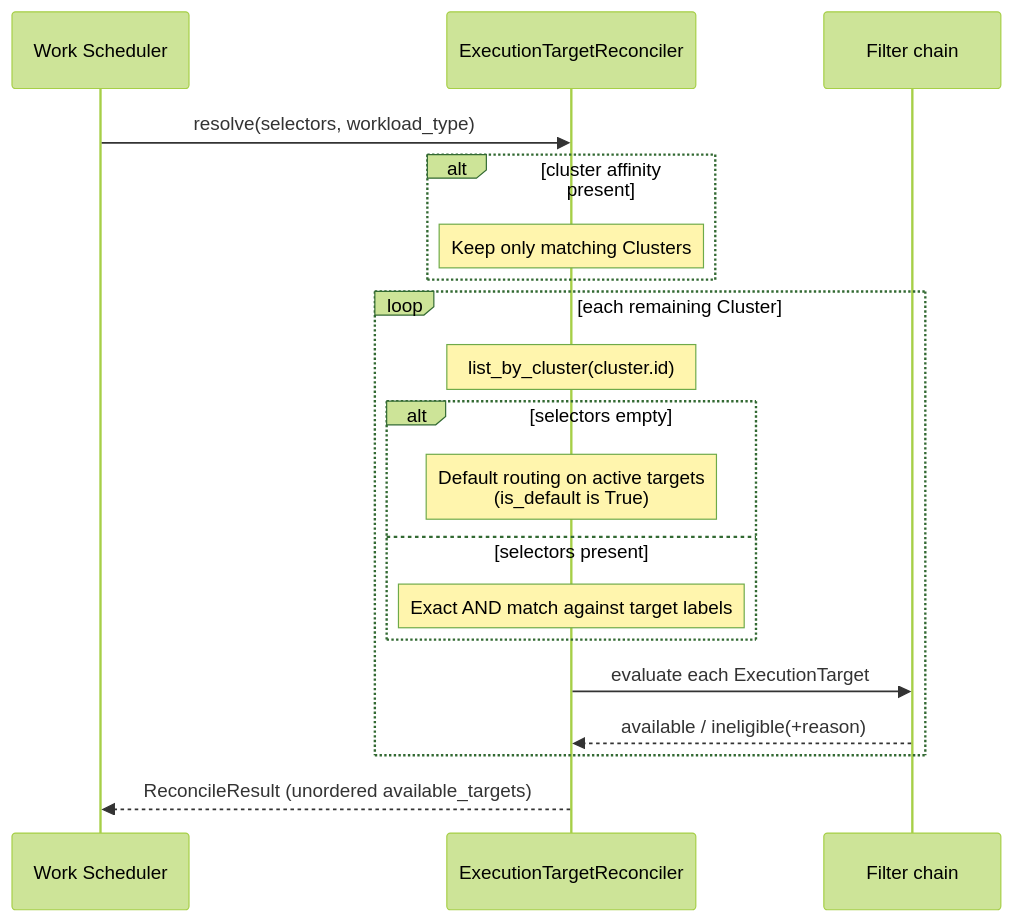
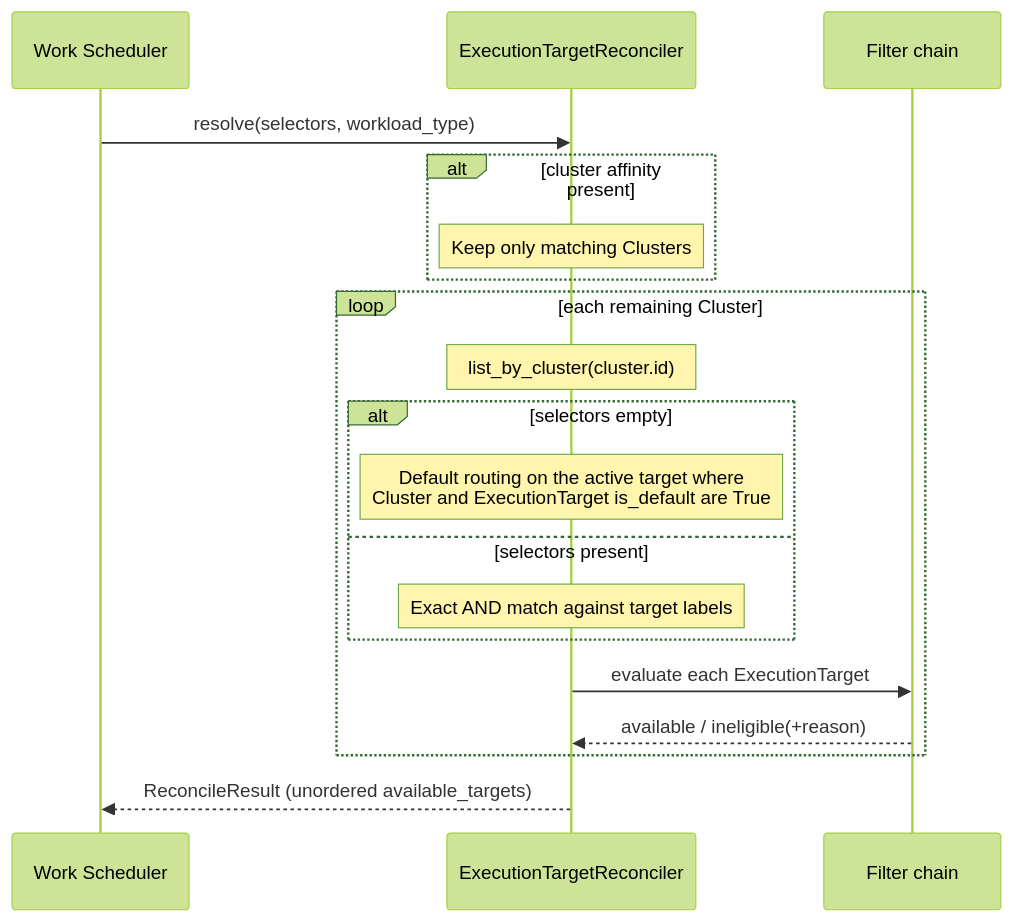
The third of 3 diagrams in docs/executiontarget-reconciler.md (AlanCoding/syntara-execution-plane), drawn with Mermaid (forest theme) before and after one commit. The commit also changed other lines of this file and 39 other files, not shown here.

First line of the commit message:
feat: AAP-95124: Define deterministic default ExecutionTarget routing (#74)

````diff
--- a/docs/executiontarget-reconciler.md
+++ b/docs/executiontarget-reconciler.md
@@ -526,25 +527,25 @@
 ```mermaid
 sequenceDiagram
     participant S as Work Scheduler
     participant R as ExecutionTargetReconciler
     participant F as Filter chain
 
     S->>R: resolve(selectors, workload_type)
 
     alt cluster affinity present
         Note over R: Keep only matching Clusters
     end
 
     loop each remaining Cluster
         Note over R: list_by_cluster(cluster.id)
         alt selectors empty
-            Note over R: Default routing on active targets<br/>(is_default is True)
+            Note over R: Default routing on the active target where<br/>Cluster and ExecutionTarget is_default are True
         else selectors present
             Note over R: Exact AND match against target labels
         end
         R->>F: evaluate each ExecutionTarget
         F-->>R: available / ineligible(+reason)
     end
 
     R-->>S: ReconcileResult (unordered available_targets)
 ```
````
